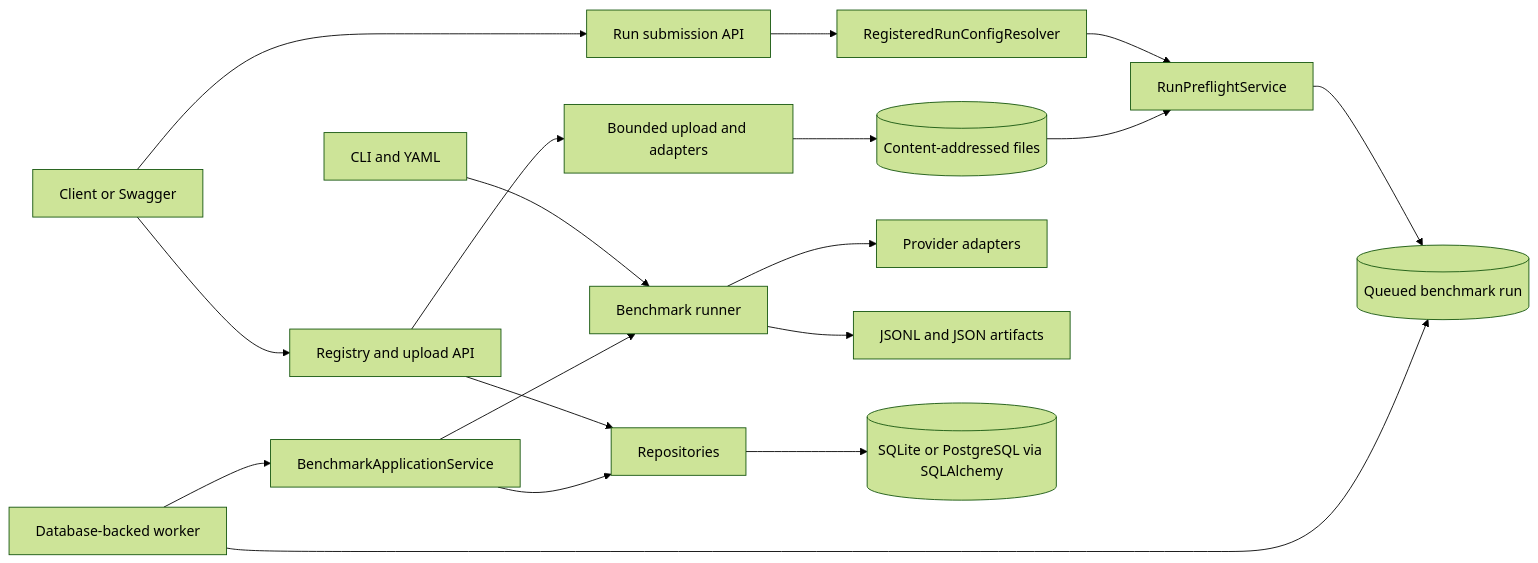
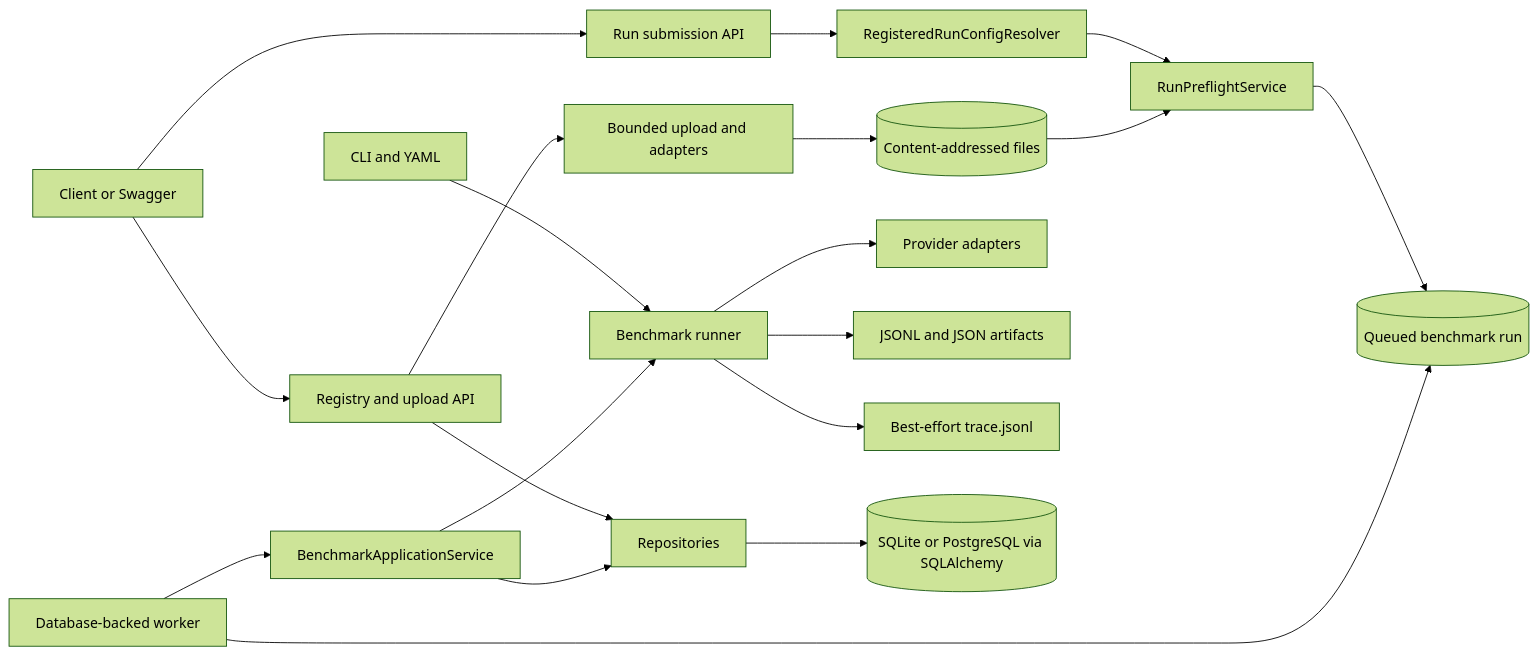
The diagram in README.md (ataozalpp/llm-benchmark), drawn with Mermaid (forest theme) before and after one commit. The commit also changed other lines of this file and 8 other files, not shown here.

````diff
--- a/README.md
+++ b/README.md
@@ -55,22 +56,23 @@
 ```mermaid
 flowchart LR
     CLI[CLI and YAML] --> Core[Benchmark runner]
     Client[Client or Swagger] --> RegistryAPI[Registry and upload API]
     Client --> RunAPI
     RegistryAPI --> Repositories[Repositories]
     RegistryAPI --> Upload[Bounded upload and adapters]
     Upload --> DatasetFiles[(Content-addressed files)]
     RunAPI[Run submission API] --> Resolver[RegisteredRunConfigResolver]
     Resolver --> Preflight[RunPreflightService]
     DatasetFiles --> Preflight
     Preflight --> Queue[(Queued benchmark run)]
     Worker[Database-backed worker] --> Queue
     Worker --> Service[BenchmarkApplicationService]
     Service --> Core
 
     Core --> Providers[Provider adapters]
     Core --> Artifacts[JSONL and JSON artifacts]
+    Core --> Trace[Best-effort trace.jsonl]
 
     Service --> Repositories
     Repositories --> DB[(SQLite or PostgreSQL via SQLAlchemy)]
 ```
````
